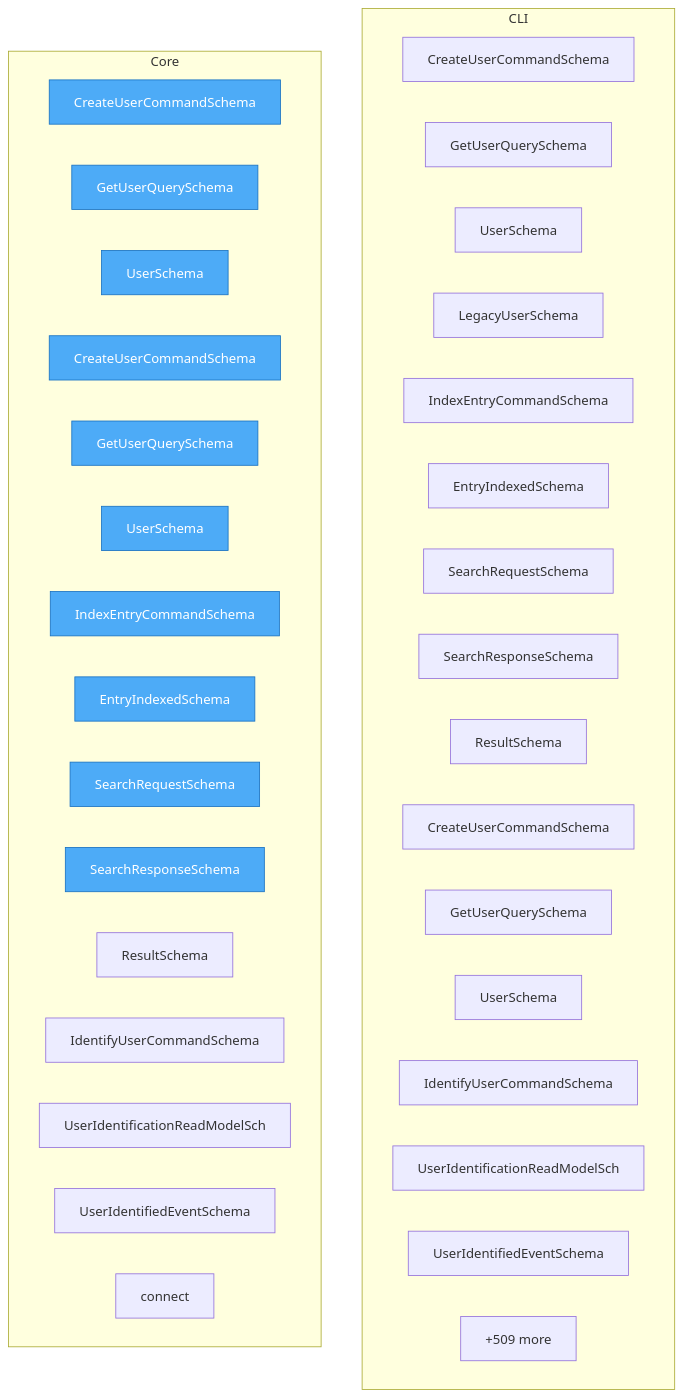
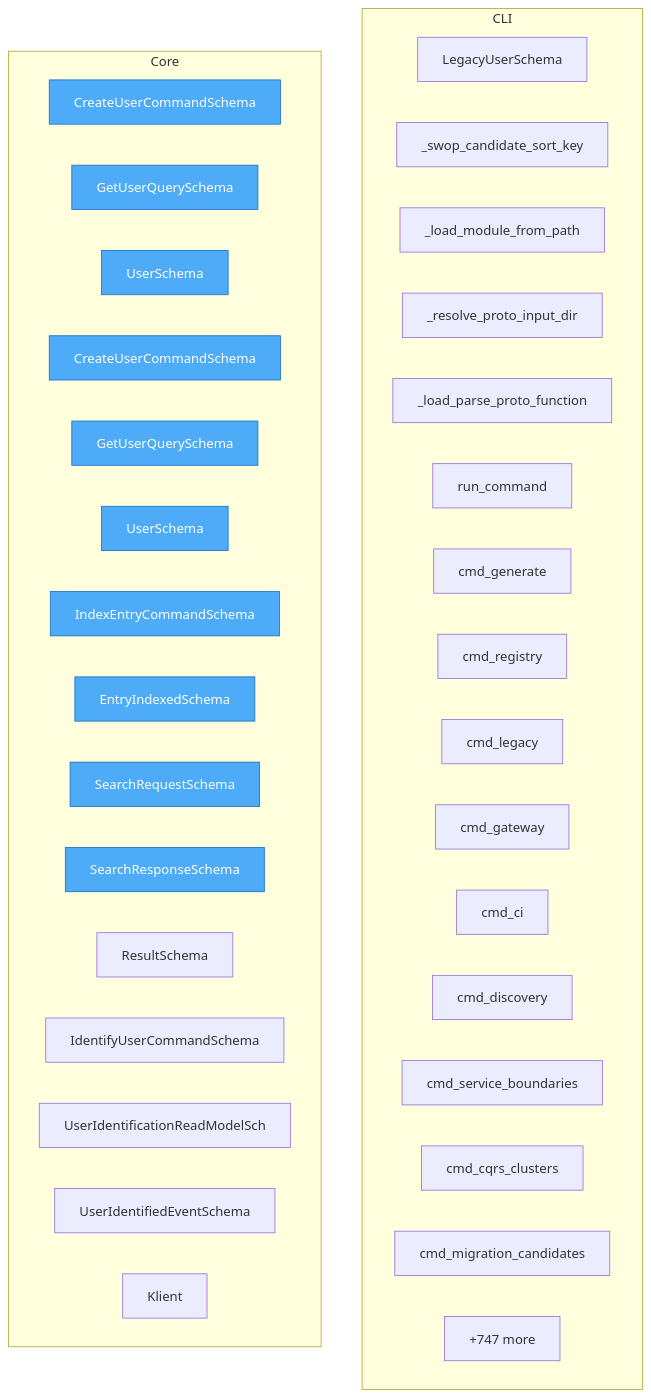
One commit to semcod/protos changed the diagram in project/flow.mmd. Above: the diagram before and after it, drawn with Mermaid. The commit also changed 17 other files, not shown here.

```diff
--- a/project/flow.mmd
+++ b/project/flow.mmd
@@ -1,44 +1,44 @@
 flowchart TD
 
     %% Entry points (blue)
     classDef entry fill:#4dabf7,stroke:#1971c2,color:#fff
 
     subgraph CLI
-        generated__ts_cli__user_v2_user__CreateUserCommandSchema["CreateUserCommandSchema"]
-        generated__ts_cli__user_v2_user__GetUserQuerySchema["GetUserQuerySchema"]
-        generated__ts_cli__user_v2_user__UserSchema["UserSchema"]
         generated__ts_cli__legacy_bridge_user_legacy__v1__LegacyUserSchema["LegacyUserSchema"]
-        generated__ts_cli__search_v1_search__IndexEntryCommandSchema["IndexEntryCommandSchema"]
-        generated__ts_cli__search_v1_search__EntryIndexedSchema["EntryIndexedSchema"]
-        generated__ts_cli__search_v1_search__SearchRequestSchema["SearchRequestSchema"]
-        generated__ts_cli__search_v1_search__SearchResponseSchema["SearchResponseSchema"]
-        generated__ts_cli__search_v1_search__ResultSchema["ResultSchema"]
-        generated__ts_cli__user_v1_user__CreateUserCommandSchema["CreateUserCommandSchema"]
-        generated__ts_cli__user_v1_user__GetUserQuerySchema["GetUserQuerySchema"]
-        generated__ts_cli__user_v1_user__UserSchema["UserSchema"]
-        generated__ts_cli__examples_identification_v1_identification__IdentifyUserCommandSchema["IdentifyUserCommandSchema"]
-        generated__ts_cli__examples_identification_v1_identification__UserIdentificationReadModelSchema["UserIdentificationReadModelSch"]
-        generated__ts_cli__examples_identification_v1_identification__UserIdentifiedEventSchema["UserIdentifiedEventSchema"]
+        protogate__cli___swop_candidate_sort_key["_swop_candidate_sort_key"]
+        protogate__cli___load_module_from_path["_load_module_from_path"]
+        protogate__cli___resolve_proto_input_dir["_resolve_proto_input_dir"]
+        protogate__cli___load_parse_proto_function["_load_parse_proto_function"]
+        protogate__cli__run_command["run_command"]
+        protogate__cli__cmd_generate["cmd_generate"]
+        protogate__cli__cmd_registry["cmd_registry"]
+        protogate__cli__cmd_legacy["cmd_legacy"]
+        protogate__cli__cmd_gateway["cmd_gateway"]
+        protogate__cli__cmd_ci["cmd_ci"]
+        protogate__cli__cmd_discovery["cmd_discovery"]
+        protogate__cli__cmd_service_boundaries["cmd_service_boundaries"]
+        protogate__cli__cmd_cqrs_clusters["cmd_cqrs_clusters"]
+        protogate__cli__cmd_migration_candidates["cmd_migration_candidates"]
         ...["+13 more"]
     end
 
     subgraph Core
         generated__ts__zod__user_v1__CreateUserCommandSchema["CreateUserCommandSchema"]
         generated__ts__zod__user_v1__GetUserQuerySchema["GetUserQuerySchema"]
         generated__ts__zod__user_v1__UserSchema["UserSchema"]
         generated__ts__zod__user_v2__CreateUserCommandSchema["CreateUserCommandSchema"]
         generated__ts__zod__user_v2__GetUserQuerySchema["GetUserQuerySchema"]
         generated__ts__zod__user_v2__UserSchema["UserSchema"]
         generated__ts__zod__search_v1__IndexEntryCommandSchema["IndexEntryCommandSchema"]
         generated__ts__zod__search_v1__EntryIndexedSchema["EntryIndexedSchema"]
         generated__ts__zod__search_v1__SearchRequestSchema["SearchRequestSchema"]
         generated__ts__zod__search_v1__SearchResponseSchema["SearchResponseSchema"]
         generated__ts__zod__search_v1__ResultSchema["ResultSchema"]
         generated__ts__zod__identification_v1__IdentifyUserCommandSchema["IdentifyUserCommandSchema"]
         generated__ts__zod__identification_v1__UserIdentificationReadModelSchema["UserIdentificationReadModelSch"]
         generated__ts__zod__identification_v1__UserIdentifiedEventSchema["UserIdentifiedEventSchema"]
-        gateway__ws__ConnectionManager__connect["connect"]
-        ...["+509 more"]
+        docs__protogate_integration__Klient["Klient"]
+        ...["+747 more"]
     end
 
     class generated__ts__zod__user_v1__CreateUserCommandSchema,generated__ts__zod__user_v1__GetUserQuerySchema,generated__ts__zod__user_v1__UserSchema,generated__ts__zod__user_v2__CreateUserCommandSchema,generated__ts__zod__user_v2__GetUserQuerySchema,generated__ts__zod__user_v2__UserSchema,generated__ts__zod__search_v1__IndexEntryCommandSchema,generated__ts__zod__search_v1__EntryIndexedSchema,generated__ts__zod__search_v1__SearchRequestSchema,generated__ts__zod__search_v1__SearchResponseSchema entry
```
